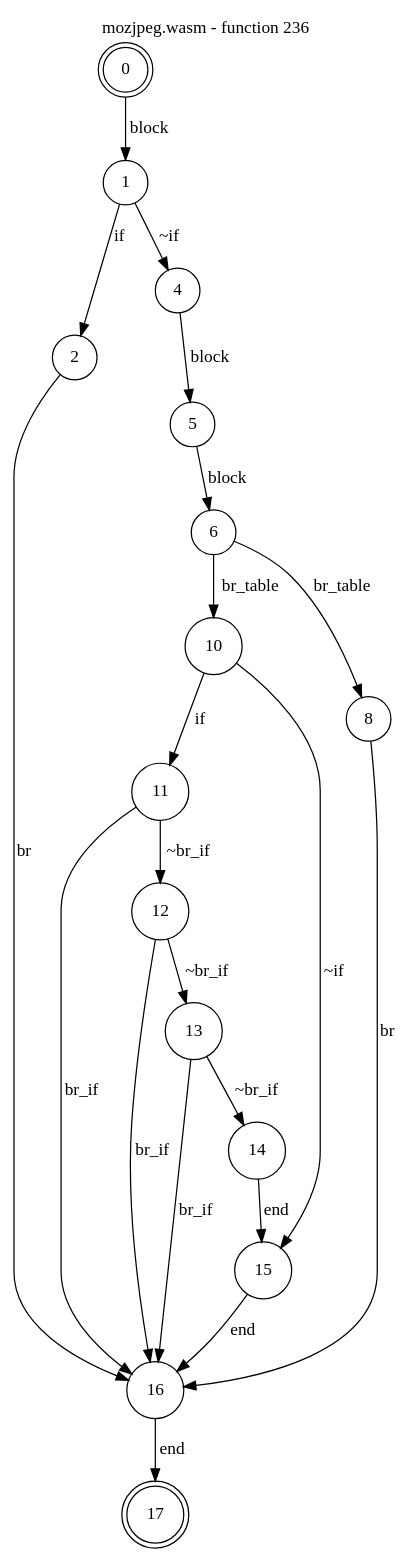
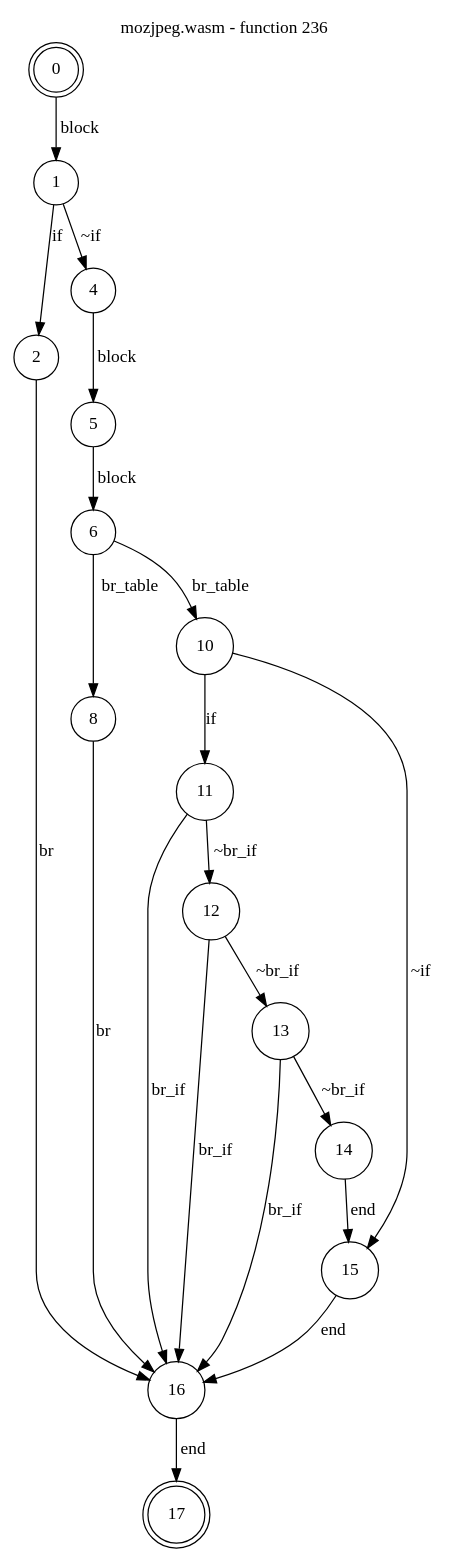
Before and after one commit to jsCarleton/wanalyze: the diagram in test_cases/mozjpeg/funcs/mozjpeg-func236.dot, drawn with Graphviz. The commit also changed other lines of this file and 81 other files, not shown here.

```diff
--- a/test_cases/mozjpeg/funcs/mozjpeg-func236.dot
+++ b/test_cases/mozjpeg/funcs/mozjpeg-func236.dot
@@ -1,29 +1,29 @@
 digraph finite_state_machine {
     label = "mozjpeg.wasm - function 236"
     labelloc =  t
     labelfontsize = 16
     labelfontcolor = black
     labelfontname = "Helvetica"
     node [shape = doublecircle]; 0 17;
     node [shape = circle];
     0 -> 1[label="block"];
     1 -> 2[label="if"];
     1 -> 4[label="~if"];
     2 -> 16[label="br"];
     4 -> 5[label="block"];
     5 -> 6[label="block"];
+    6 -> 8[label="br_table"];
     6 -> 10[label="br_table"];
-    6 -> 8[label="br_table"];
     8 -> 16[label="br"];
     10 -> 11[label="if"];
     10 -> 15[label="~if"];
     11 -> 12[label="~br_if"];
     11 -> 16[label="br_if"];
     12 -> 13[label="~br_if"];
     12 -> 16[label="br_if"];
     13 -> 14[label="~br_if"];
     13 -> 16[label="br_if"];
     14 -> 15[label="end"];
     15 -> 16[label="end"];
     16 -> 17[label="end"];
 }
```
